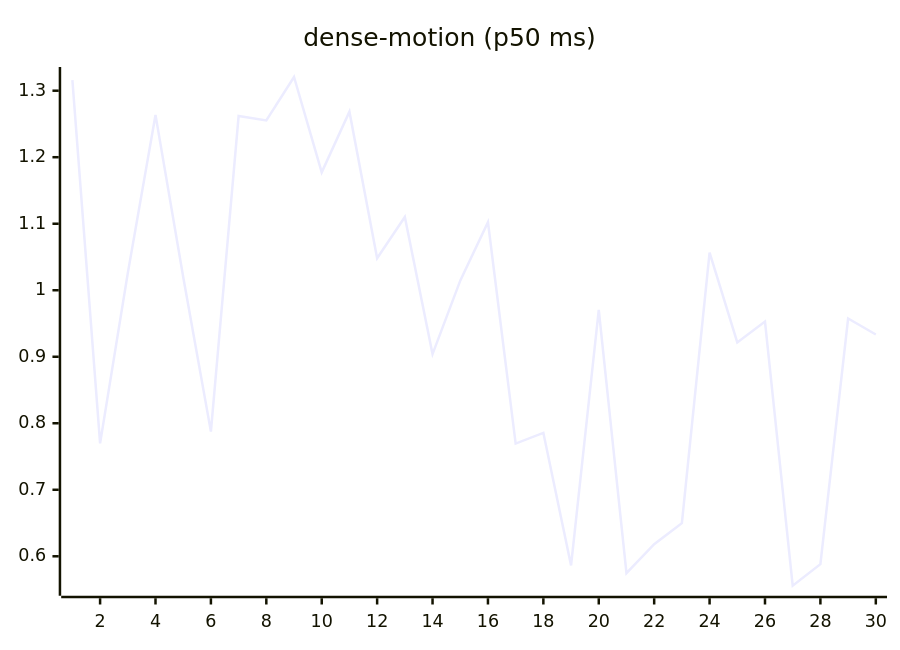
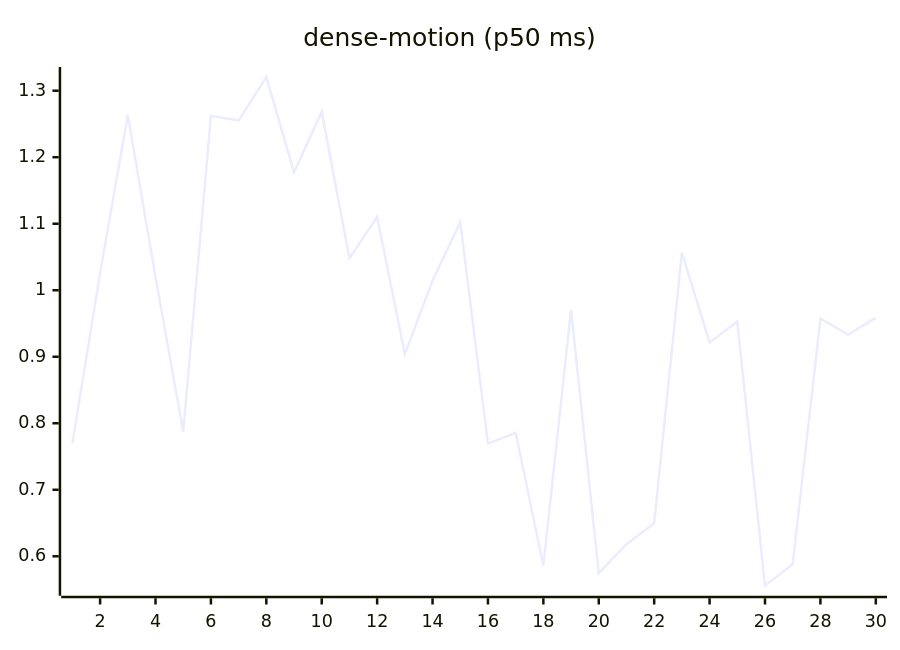
The ninth of 27 diagrams in README.md (josha/Facet), drawn with Mermaid before and after one commit. The commit also changed other lines of this file and 2 other files, not shown here.

````diff
--- a/README.md
+++ b/README.md
@@ -119,6 +119,6 @@
 ```mermaid
 xychart-beta
     title "dense-motion (p50 ms)"
     x-axis 1 --> 30
-    line [1.3160, 0.7697, 1.0258, 1.2636, 1.0200, 0.7874, 1.2619, 1.2553, 1.3206, 1.1772, 1.2685, 1.0480, 1.1102, 0.9040, 1.0144, 1.1023, 0.7695, 0.7856, 0.5862, 0.9706, 0.5746, 0.6181, 0.6498, 1.0567, 0.9215, 0.9530, 0.5557, 0.5881, 0.9575, 0.9335]
+    line [0.7697, 1.0258, 1.2636, 1.0200, 0.7874, 1.2619, 1.2553, 1.3206, 1.1772, 1.2685, 1.0480, 1.1102, 0.9040, 1.0144, 1.1023, 0.7695, 0.7856, 0.5862, 0.9706, 0.5746, 0.6181, 0.6498, 1.0567, 0.9215, 0.9530, 0.5557, 0.5881, 0.9575, 0.9335, 0.9584]
 ```
````
